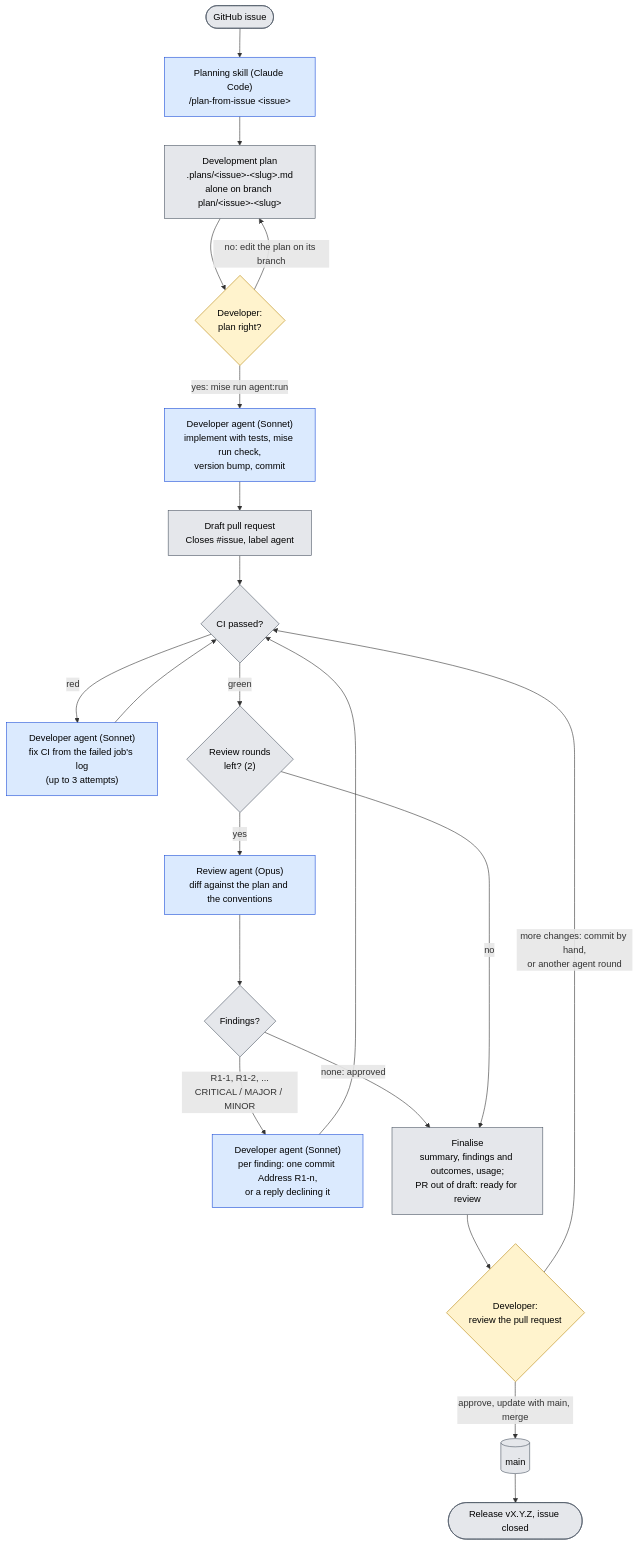
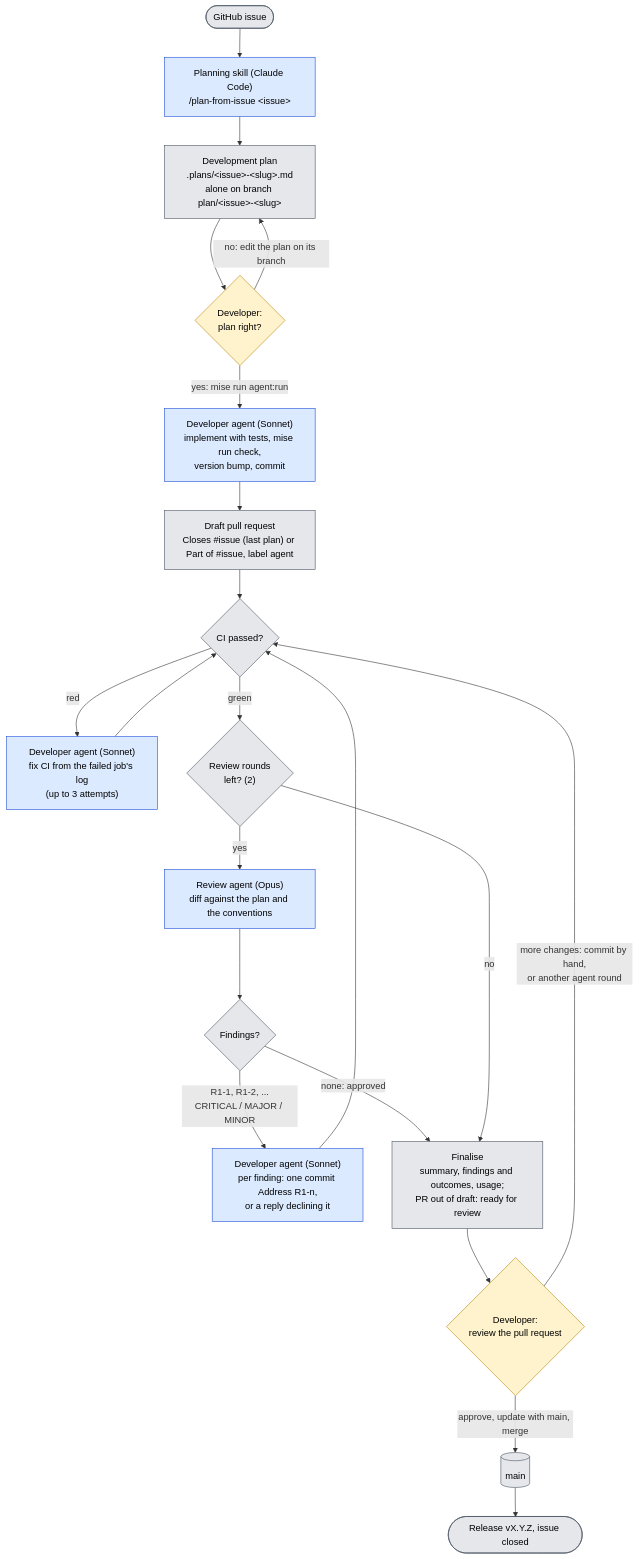
Before and after one commit to ramazangirgin/trading-analysis-platform: the diagram in docs/agentic-development.md, drawn with Mermaid. The commit also changed other lines of this file and 7 other files, not shown here.

First line of the commit message:
Keep a split issue open until its last plan is merged

````diff
--- a/docs/agentic-development.md
+++ b/docs/agentic-development.md
@@ -10,30 +10,30 @@
 ```mermaid
 flowchart TD
     issue(["GitHub issue"]) --> skill["Planning skill (Claude Code)<br/>/plan-from-issue #lt;issue#gt;"]
     skill --> plan["Development plan<br/>.plans/#lt;issue#gt;-#lt;slug#gt;.md<br/>alone on branch plan/#lt;issue#gt;-#lt;slug#gt;"]
     plan --> approvePlan{"Developer:<br/>plan right?"}
     approvePlan -- "no: edit the plan on its branch" --> plan
     approvePlan -- "yes: mise run agent:run" --> implement["Developer agent (Sonnet)<br/>implement with tests, mise run check,<br/>version bump, commit"]
-    implement --> draft["Draft pull request<br/>Closes #issue, label agent"]
+    implement --> draft["Draft pull request<br/>Closes #issue (last plan) or Part of #issue, label agent"]
     draft --> ci{"CI passed?"}
     ci -- "red" --> fixCi["Developer agent (Sonnet)<br/>fix CI from the failed job's log<br/>(up to 3 attempts)"]
     fixCi --> ci
     ci -- "green" --> rounds{"Review rounds<br/>left? (2)"}
     rounds -- "yes" --> review["Review agent (Opus)<br/>diff against the plan and the conventions"]
     review --> findings{"Findings?"}
     findings -- "R1-1, R1-2, ...<br/>CRITICAL / MAJOR / MINOR" --> fix["Developer agent (Sonnet)<br/>per finding: one commit Address R1-n,<br/>or a reply declining it"]
     fix --> ci
     findings -- "none: approved" --> finalise
     rounds -- "no" --> finalise["Finalise<br/>summary, findings and outcomes, usage;<br/>PR out of draft: ready for review"]
     finalise --> reviewPr{"Developer:<br/>review the pull request"}
     reviewPr -- "more changes: commit by hand,<br/>or another agent round" --> ci
     reviewPr -- "approve, update with main, merge" --> main[("main")]
     main --> release(["Release vX.Y.Z, issue closed"])
 
     classDef developer fill:#fff3cd,stroke:#b8860b,color:#000
     classDef agent fill:#dbeafe,stroke:#1d4ed8,color:#000
     classDef github fill:#e5e7eb,stroke:#4b5563,color:#000
     class approvePlan,reviewPr developer
     class skill,implement,fixCi,review,fix agent
     class issue,plan,draft,ci,rounds,findings,finalise,main,release github
 ```
````
